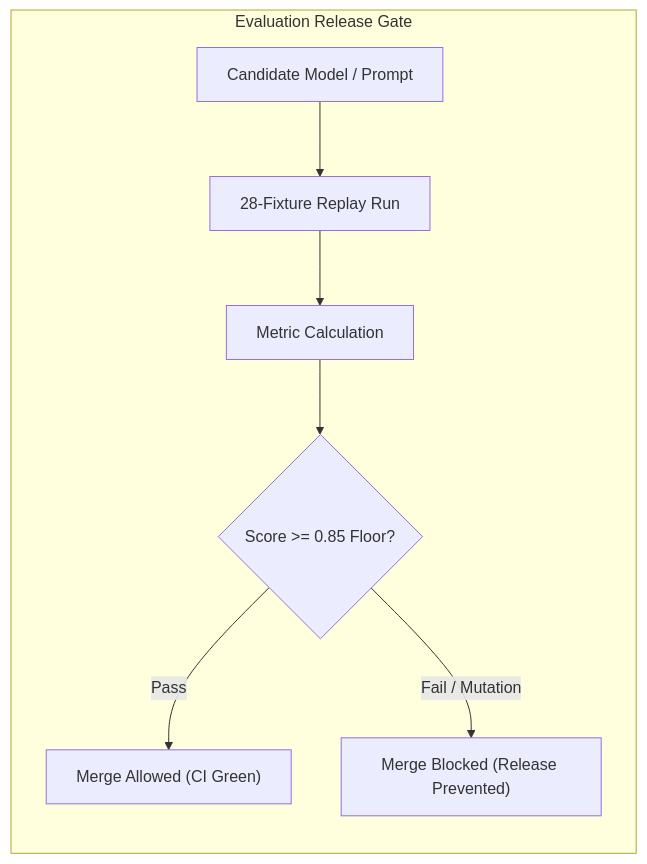
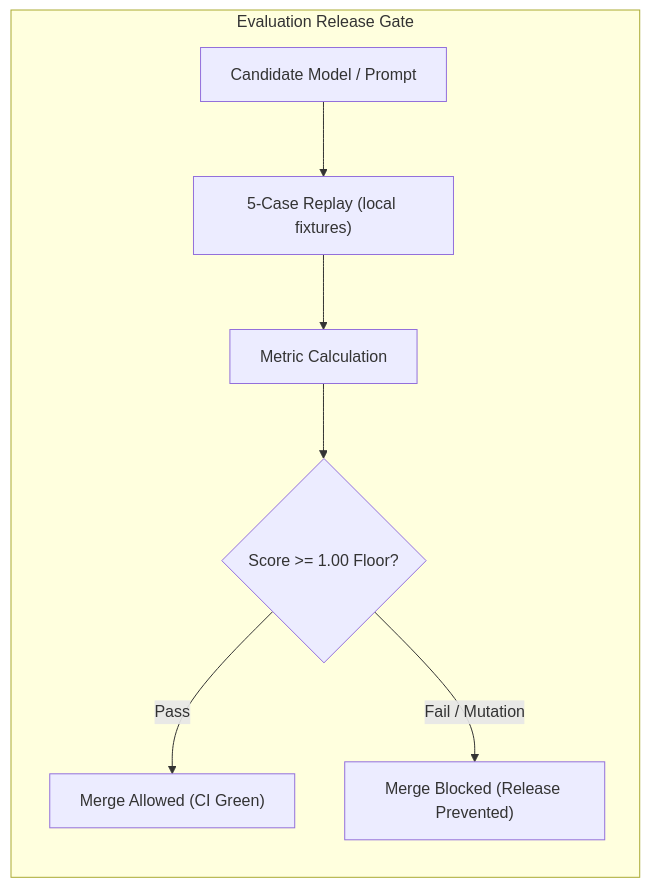
Before and after one commit to ChunkyTortoise/llm-reviewer-path: the second of 2 diagrams in README.md, drawn with Mermaid.

Commit message:
docs: align eval-gate diagram with local 5-case 1.00 floor
The cloneable receipt was still showing DocExtract parent numbers (28 fixtures, 0.85).

````diff
--- a/README.md
+++ b/README.md
@@ -73,10 +73,10 @@
 ```mermaid
 flowchart LR
     subgraph Gate["Evaluation Release Gate"]
-        Cand["Candidate Model / Prompt"] --> Replay["28-Fixture Replay Run"]
+        Cand["Candidate Model / Prompt"] --> Replay["5-Case Replay (local fixtures)"]
         Replay --> Eval["Metric Calculation"]
-        Eval --> Floor{"Score >= 0.85 Floor?"}
+        Eval --> Floor{"Score >= 1.00 Floor?"}
         Floor -->|Pass| Merge["Merge Allowed (CI Green)"]
         Floor -->|Fail / Mutation| Block["Merge Blocked (Release Prevented)"]
     end
 ```
````
